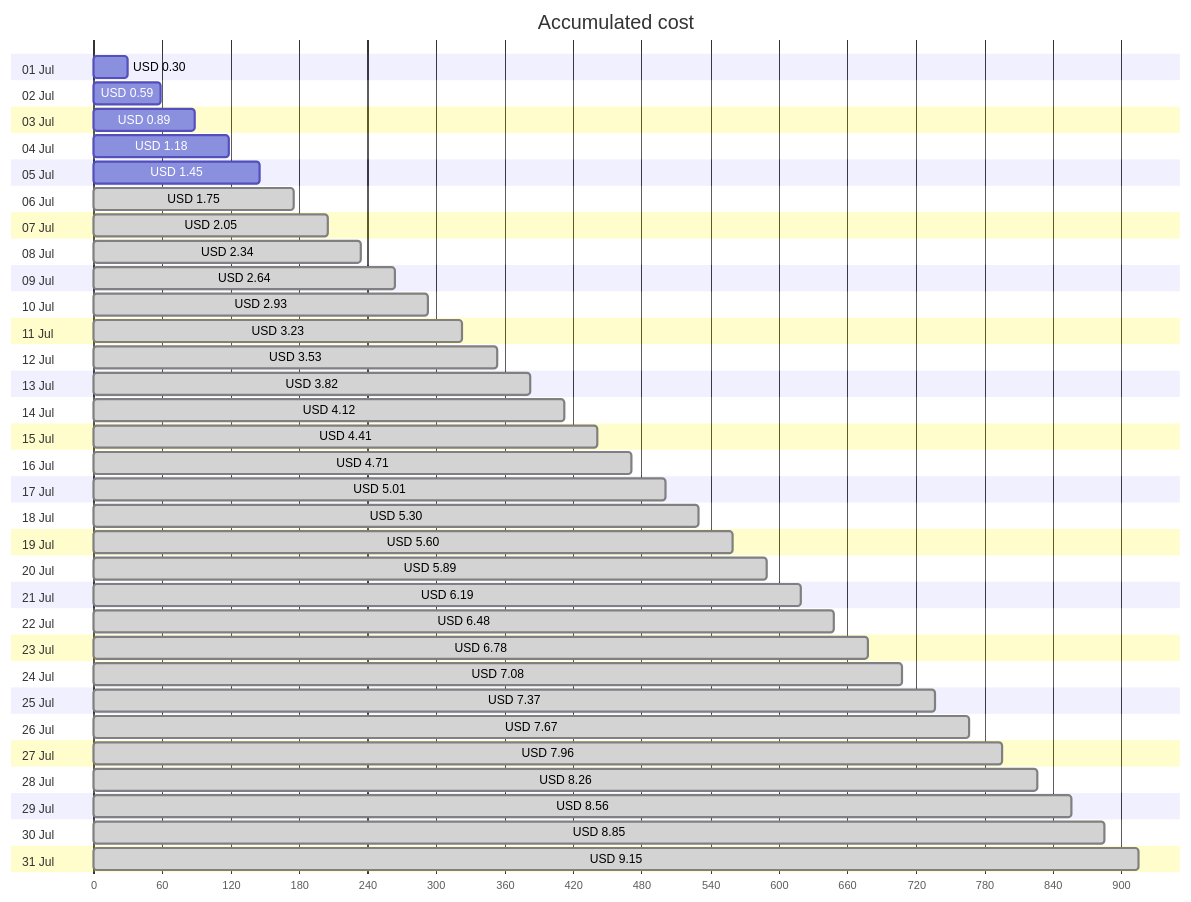
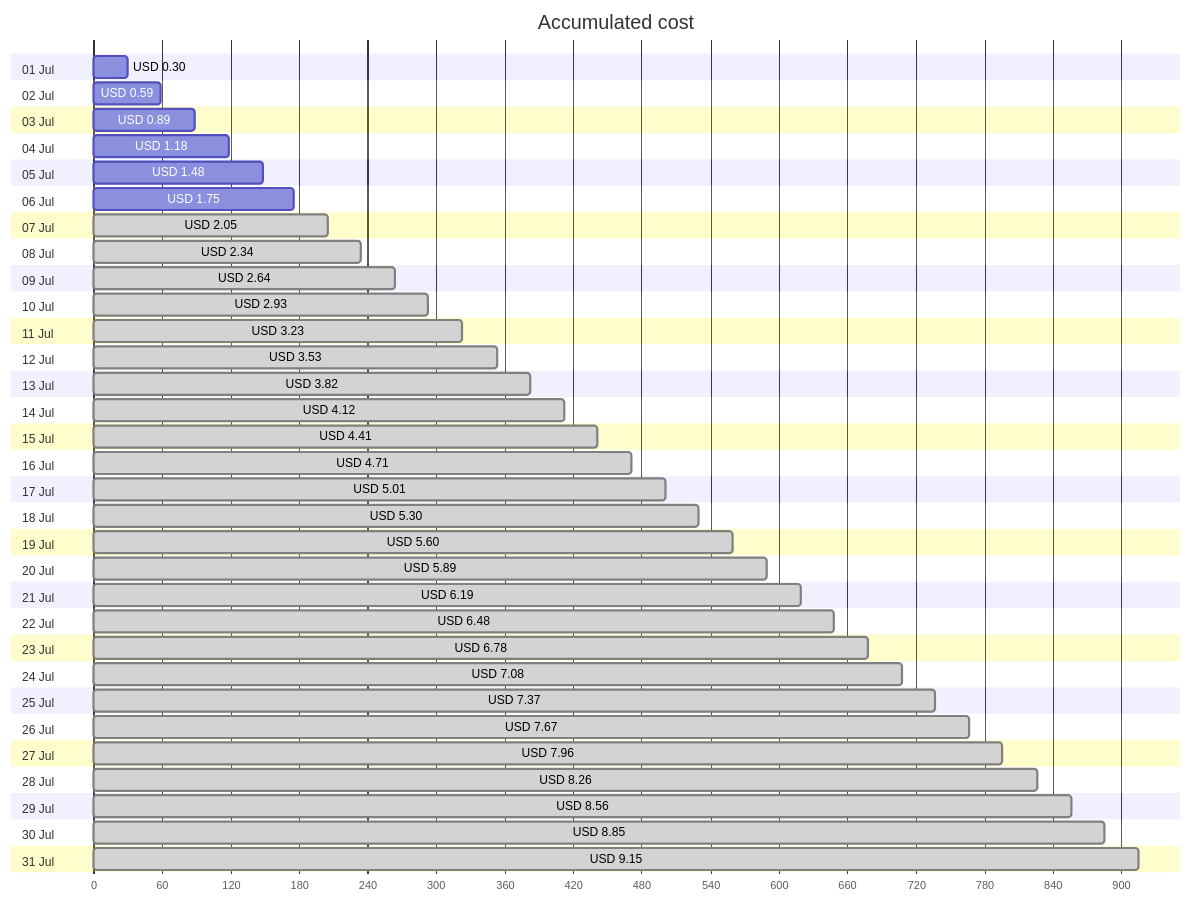
Before and after one commit to jpfulton/azure-personal-reports: the first of 4 diagrams in cost-reports/personal-site/personal-site.md, drawn with Mermaid. The commit also changed other lines of this file and 6 other files, not shown here.

````diff
--- a/cost-reports/personal-site/personal-site.md
+++ b/cost-reports/personal-site/personal-site.md
@@ -20,68 +20,68 @@
 ```mermaid
 gantt
    title Accumulated cost
    dateFormat  X
    axisFormat %s
    section 01 Jul
    USD 0.30 :0, 30
    section 02 Jul
    USD 0.59 :0, 59
    section 03 Jul
    USD 0.89 :0, 89
    section 04 Jul
    USD 1.18 :0, 118
    section 05 Jul
-   USD 1.45 :0, 145
+   USD 1.48 :0, 148
    section 06 Jul
-   USD 1.75 : done, 0, 175
+   USD 1.75 :0, 175
    section 07 Jul
    USD 2.05 : done, 0, 205
    section 08 Jul
    USD 2.34 : done, 0, 234
    section 09 Jul
    USD 2.64 : done, 0, 264
    section 10 Jul
    USD 2.93 : done, 0, 293
    section 11 Jul
    USD 3.23 : done, 0, 323
    section 12 Jul
    USD 3.53 : done, 0, 353
    section 13 Jul
    USD 3.82 : done, 0, 382
    section 14 Jul
    USD 4.12 : done, 0, 412
    section 15 Jul
    USD 4.41 : done, 0, 441
    section 16 Jul
    USD 4.71 : done, 0, 471
    section 17 Jul
    USD 5.01 : done, 0, 501
    section 18 Jul
    USD 5.30 : done, 0, 530
    section 19 Jul
    USD 5.60 : done, 0, 560
    section 20 Jul
    USD 5.89 : done, 0, 589
    section 21 Jul
    USD 6.19 : done, 0, 619
    section 22 Jul
    USD 6.48 : done, 0, 648
    section 23 Jul
    USD 6.78 : done, 0, 678
    section 24 Jul
    USD 7.08 : done, 0, 708
    section 25 Jul
    USD 7.37 : done, 0, 737
    section 26 Jul
    USD 7.67 : done, 0, 767
    section 27 Jul
    USD 7.96 : done, 0, 796
    section 28 Jul
    USD 8.26 : done, 0, 826
    section 29 Jul
    USD 8.56 : done, 0, 856
    section 30 Jul
    USD 8.85 : done, 0, 885
    section 31 Jul
    USD 9.15 : done, 0, 915
 ```
````
